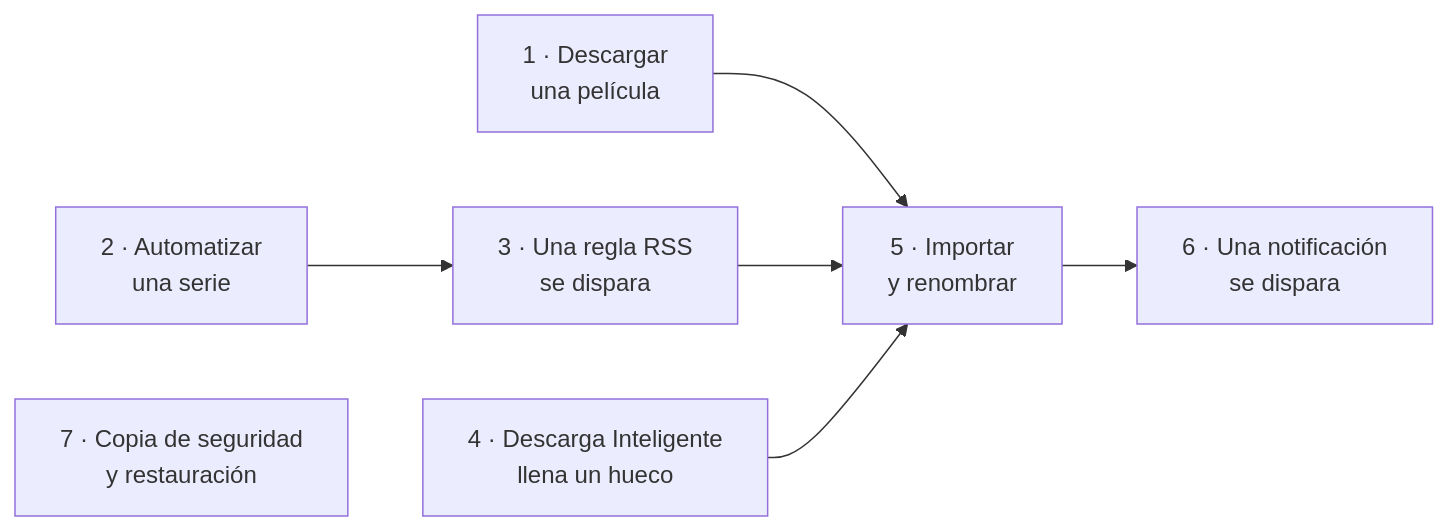
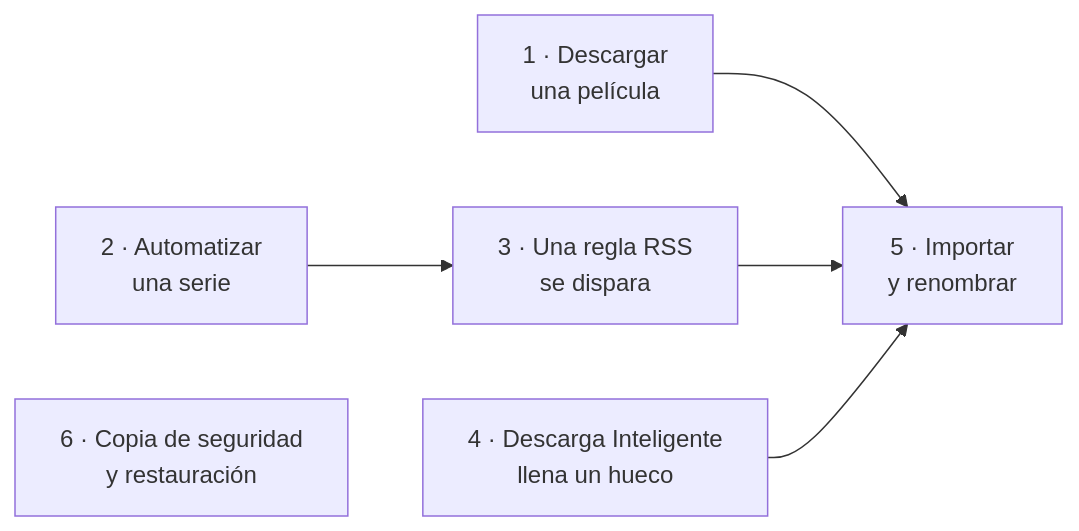
The first of 8 diagrams in website/i18n/es-PR/docusaurus-plugin-content-docs/current/learn/workflows.md (damirabal/ultratorrent-core), drawn with Mermaid before and after one commit. The commit also changed other lines of this file and 63 other files, not shown here.

````diff
--- a/website/i18n/es-PR/docusaurus-plugin-content-docs/current/learn/workflows.md
+++ b/website/i18n/es-PR/docusaurus-plugin-content-docs/current/learn/workflows.md
@@ -36,16 +35,14 @@
 ```mermaid
 flowchart LR
   W1["1 · Descargar<br/>una película"]
   W2["2 · Automatizar<br/>una serie"]
   W3["3 · Una regla RSS<br/>se dispara"]
   W4["4 · Descarga Inteligente<br/>llena un hueco"]
   W5["5 · Importar<br/>y renombrar"]
-  W6["6 · Una notificación<br/>se dispara"]
-  W7["7 · Copia de seguridad<br/>y restauración"]
+  W6["6 · Copia de seguridad<br/>y restauración"]
 
   W1 --> W5
   W2 --> W3
   W3 --> W5
   W4 --> W5
-  W5 --> W6
 ```
````
